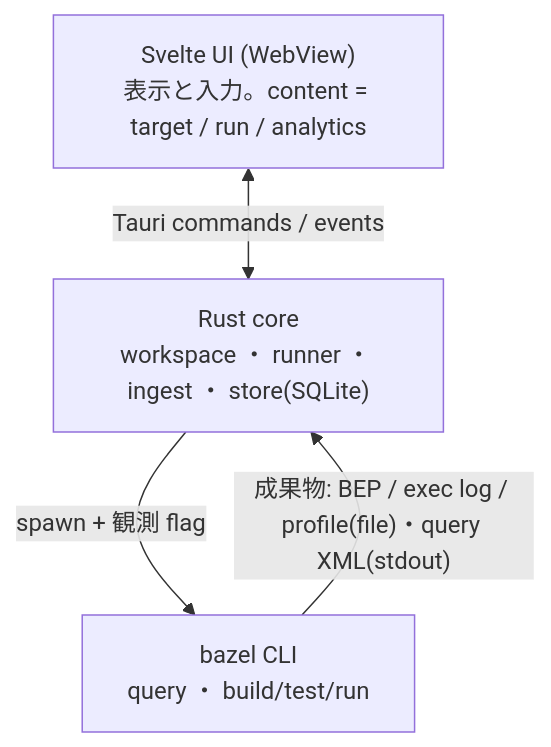
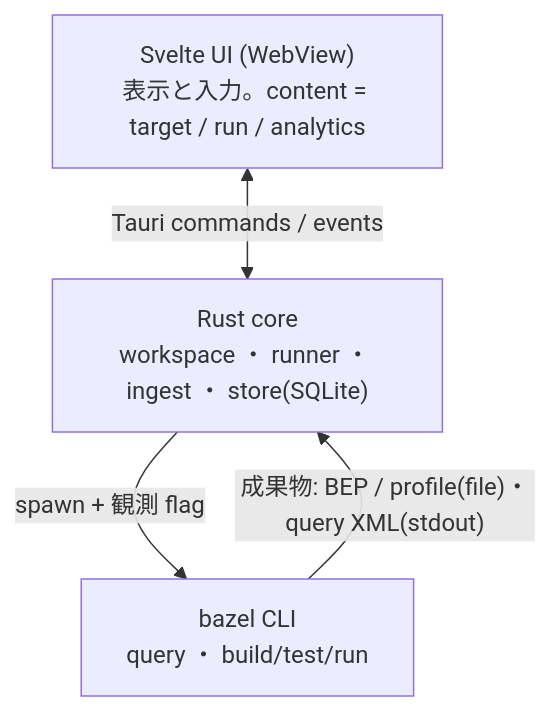
The diagram in docs/design/overview.md (OhataKenji/zeal), drawn with Mermaid before and after one commit. The commit also changed other lines of this file and 2 other files, not shown here.

````diff
--- a/docs/design/overview.md
+++ b/docs/design/overview.md
@@ -47,9 +46,9 @@
 ```mermaid
 flowchart TD
     UI["Svelte UI (WebView)<br/>表示と入力。content = target / run / analytics"]
     CORE["Rust core<br/>workspace ・ runner ・ ingest ・ store(SQLite)"]
     BAZEL["bazel CLI<br/>query ・ build/test/run"]
     UI <-->|"Tauri commands / events"| CORE
     CORE -->|"spawn + 観測 flag"| BAZEL
-    BAZEL -->|"成果物: BEP / exec log / profile(file)・query XML(stdout)"| CORE
+    BAZEL -->|"成果物: BEP / profile(file)・query XML(stdout)"| CORE
 ```
````
